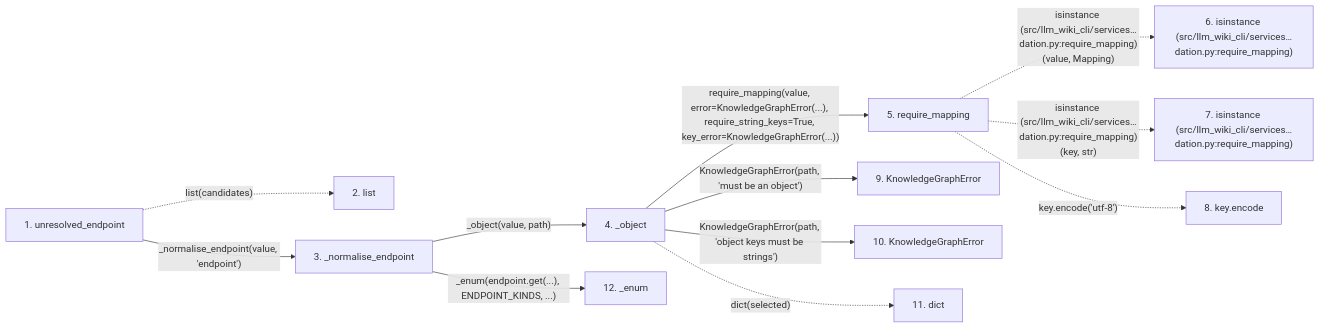
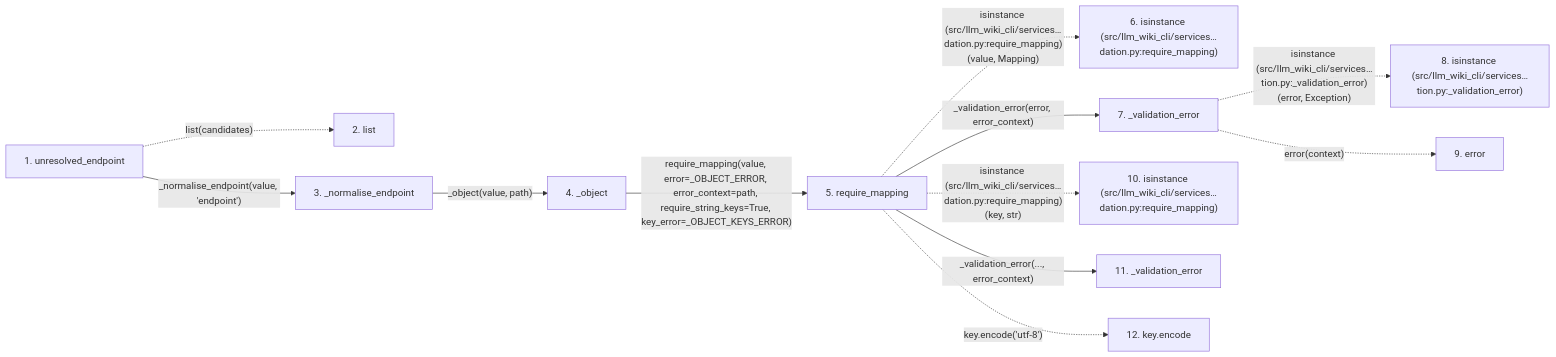
The second of 2 diagrams in docs/llm_wiki/flows/api-unresolved_endpoint.md (Denissvgn/python-wiki-llm), drawn with Mermaid before and after one commit. The commit also changed other lines of this file and 627 other files, not shown here.

````diff
--- a/docs/llm_wiki/flows/api-unresolved_endpoint.md
+++ b/docs/llm_wiki/flows/api-unresolved_endpoint.md
@@ -137,33 +137,32 @@
 ```mermaid
 flowchart LR
     s1["1. unresolved_endpoint"]
     s2["2. list"]
     s3["3. _normalise_endpoint"]
     s4["4. _object"]
     s5["5. require_mapping"]
     s6["6. isinstance (src/llm_wiki_cli/services…dation.py:require_mapping)"]
-    s7["7. isinstance (src/llm_wiki_cli/services…dation.py:require_mapping)"]
-    s8["8. key.encode"]
-    s9["9. KnowledgeGraphError"]
-    s10["10. KnowledgeGraphError"]
-    s11["11. dict"]
-    s12["12. _enum"]
+    s7["7. _validation_error"]
+    s8["8. isinstance (src/llm_wiki_cli/services…tion.py:_validation_error)"]
+    s9["9. error"]
+    s10["10. isinstance (src/llm_wiki_cli/services…dation.py:require_mapping)"]
+    s11["11. _validation_error"]
+    s12["12. key.encode"]
     s1 -. "list(candidates)" .-> s2
     s1 -->|"_normalise_endpoint(value, 'endpoint')"| s3
     s3 -->|"_object(value, path)"| s4
-    s4 -->|"require_mapping(value, error=KnowledgeGraphError(...), require_string_keys=True, key_error=KnowledgeGraphError(...))"| s5
+    s4 -->|"require_mapping(value, error=_OBJECT_ERROR, error_context=path, require_string_keys=True, key_error=_OBJECT_KEYS_ERROR)"| s5
     s5 -. "isinstance (src/llm_wiki_cli/services…dation.py:require_mapping)(value, Mapping)" .-> s6
-    s5 -. "isinstance (src/llm_wiki_cli/services…dation.py:require_mapping)(key, str)" .-> s7
-    s5 -. "key.encode('utf-8')" .-> s8
-    s4 -->|"KnowledgeGraphError(path, 'must be an object')"| s9
-    s4 -->|"KnowledgeGraphError(path, 'object keys must be strings')"| s10
-    s4 -. "dict(selected)" .-> s11
-    s3 -->|"_enum(endpoint.get(...), ENDPOINT_KINDS, ...)"| s12
+    s5 -->|"_validation_error(error, error_context)"| s7
+    s7 -. "isinstance (src/llm_wiki_cli/services…tion.py:_validation_error)(error, Exception)" .-> s8
+    s7 -. "error(context)" .-> s9
+    s5 -. "isinstance (src/llm_wiki_cli/services…dation.py:require_mapping)(key, str)" .-> s10
+    s5 -->|"_validation_error(..., error_context)"| s11
+    s5 -. "key.encode('utf-8')" .-> s12
     click s1 "../modules/knowledge_graph.md"
     click s3 "../modules/knowledge_graph.md"
     click s4 "../modules/knowledge_graph.md"
     click s5 "../modules/validation.md"
-    click s9 "../modules/knowledge_graph.md"
-    click s10 "../modules/knowledge_graph.md"
-    click s12 "../modules/knowledge_graph.md"
+    click s7 "../modules/validation.md"
+    click s11 "../modules/validation.md"
 ```
````
